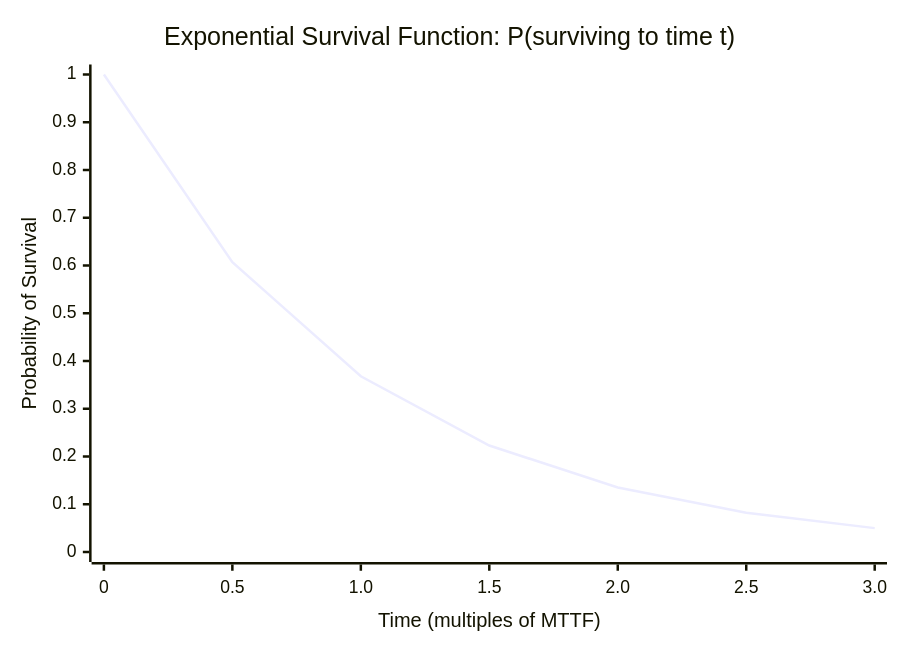
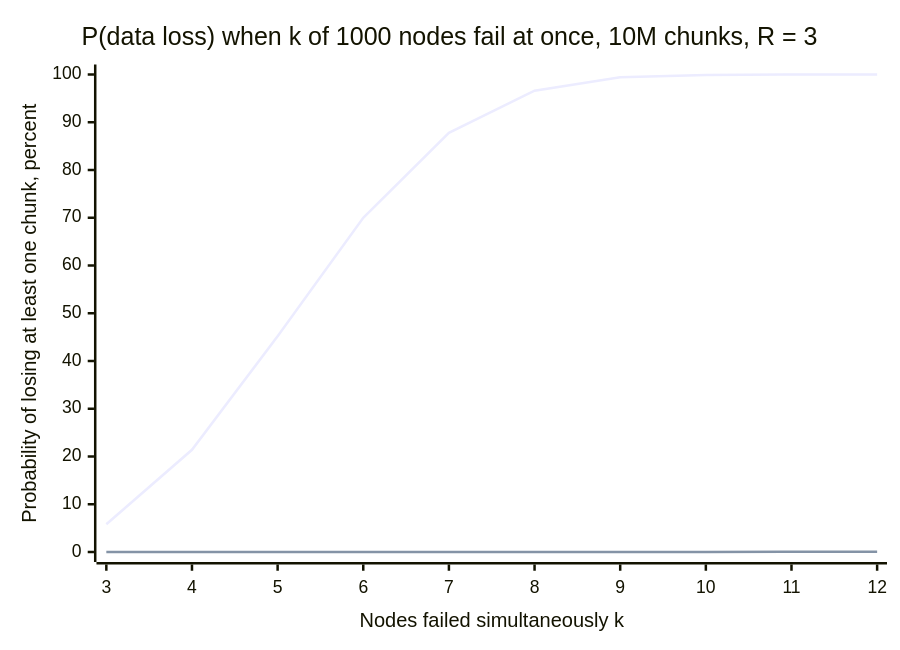
One commit to gorkemsari/distributed-systems changed the third of 5 diagrams in src/content/docs/en/foundations/system-models/deterministic-vs-probabilistic.mdx. Above: the diagram before and after it, drawn with Mermaid. The commit also changed other lines of this file and 3 other files, not shown here.

````diff
--- a/src/content/docs/en/foundations/system-models/deterministic-vs-probabilistic.mdx
+++ b/src/content/docs/en/foundations/system-models/deterministic-vs-probabilistic.mdx
@@ -40,7 +83,8 @@
 ```mermaid
 xychart-beta
-    title "Exponential Survival Function: P(surviving to time t)"
-    x-axis "Time (multiples of MTTF)" [0, 0.5, 1.0, 1.5, 2.0, 2.5, 3.0]
-    y-axis "Probability of Survival" 0 --> 1.0
-    line [1.0, 0.607, 0.368, 0.223, 0.135, 0.082, 0.050]
+    title "P(data loss) when k of 1000 nodes fail at once, 10M chunks, R = 3"
+    x-axis "Nodes failed simultaneously k" [3, 4, 5, 6, 7, 8, 9, 10, 11, 12]
+    y-axis "Probability of losing at least one chunk, percent" 0 --> 100
+    line [5.8, 21.4, 45.2, 70.0, 87.8, 96.6, 99.4, 99.9, 100, 100]
+    line [0, 0, 0, 0, 0.01, 0.01, 0.02, 0.02, 0.03, 0.04]
 ```
````
